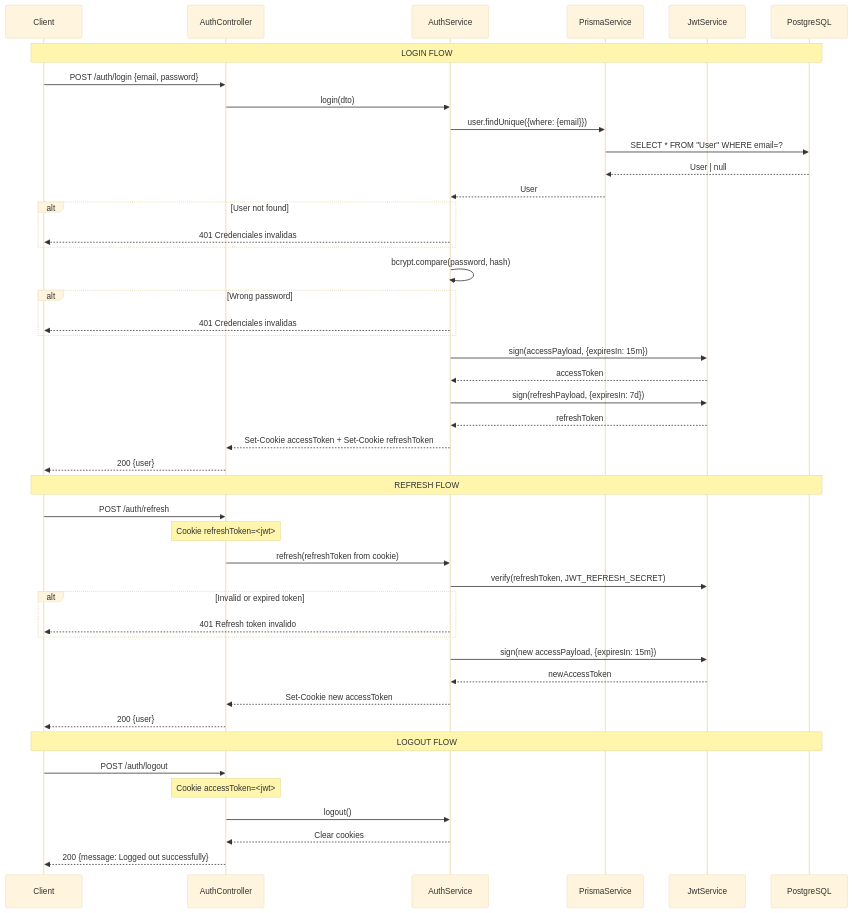
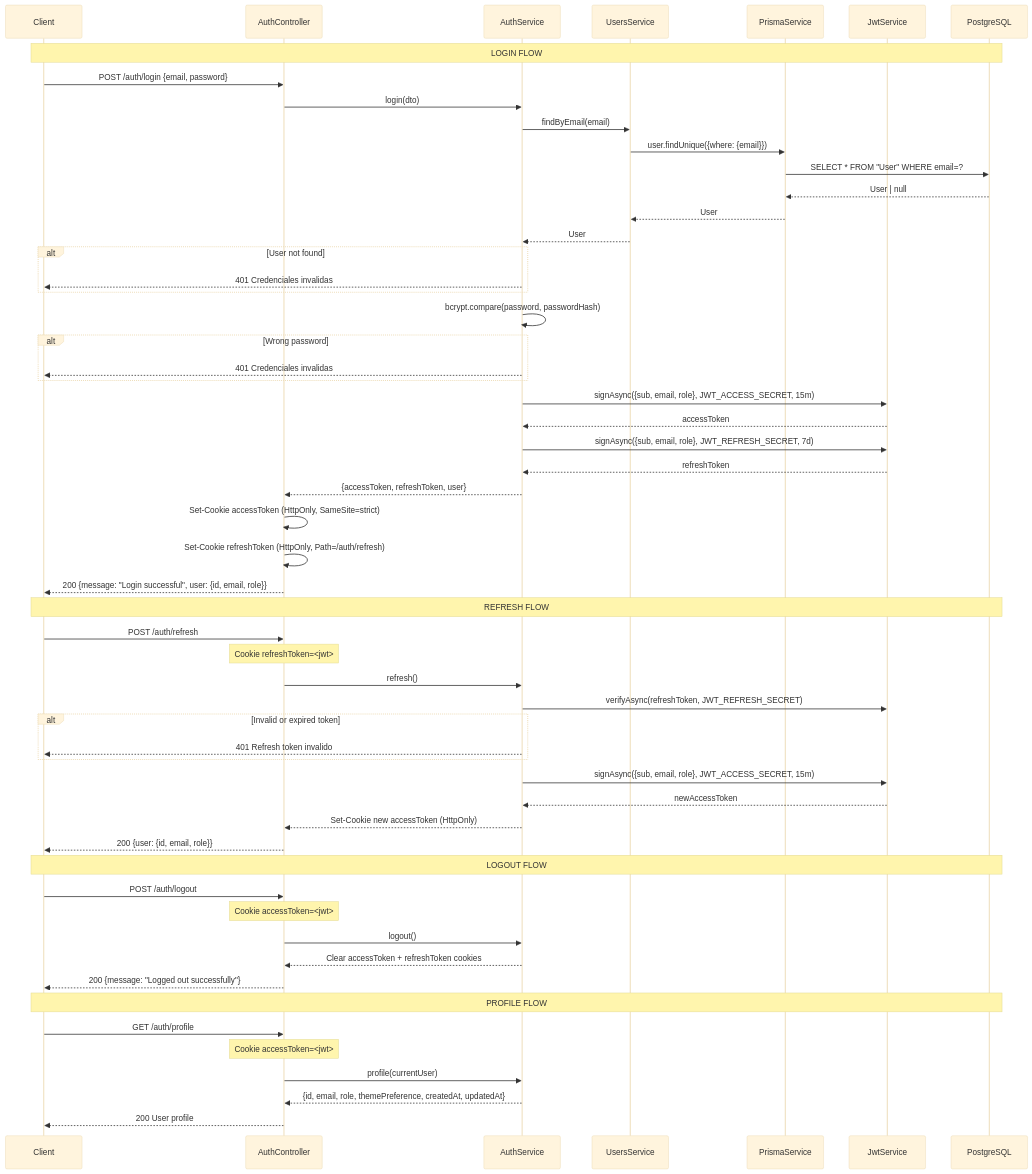
Before and after one commit to CristianMz21/prescriptions-app-backend: the diagram in docs/diagrams/03-flujo-auth.mmd, drawn with Mermaid. The commit also changed 42 other files, not shown here.

```diff
--- a/docs/diagrams/03-flujo-auth.mmd
+++ b/docs/diagrams/03-flujo-auth.mmd
@@ -1,52 +1,65 @@
 %%{init: {"theme": "base", "themeVariables": {"fontSize": "18px"}}}%%
 sequenceDiagram
     participant C as Client
     participant AC as AuthController
     participant AS as AuthService
+    participant US as UsersService
     participant PR as PrismaService
     participant JWT as JwtService
     participant DB as PostgreSQL
 
     Note over C,DB: LOGIN FLOW
 
     C->>AC: POST /auth/login {email, password}
     AC->>AS: login(dto)
-    AS->>PR: user.findUnique({where: {email}})
+    AS->>US: findByEmail(email)
+    US->>PR: user.findUnique({where: {email}})
     PR->>DB: SELECT * FROM "User" WHERE email=?
     DB-->>PR: User | null
-    PR-->>AS: User
+    PR-->>US: User
+    US-->>AS: User
     alt User not found
         AS-->>C: 401 Credenciales invalidas
     end
-    AS->>AS: bcrypt.compare(password, hash)
+    AS->>AS: bcrypt.compare(password, passwordHash)
     alt Wrong password
         AS-->>C: 401 Credenciales invalidas
     end
-    AS->>JWT: sign(accessPayload, {expiresIn: 15m})
+    AS->>JWT: signAsync({sub, email, role}, JWT_ACCESS_SECRET, 15m)
     JWT-->>AS: accessToken
-    AS->>JWT: sign(refreshPayload, {expiresIn: 7d})
+    AS->>JWT: signAsync({sub, email, role}, JWT_REFRESH_SECRET, 7d)
     JWT-->>AS: refreshToken
-    AS-->>AC: Set-Cookie accessToken + Set-Cookie refreshToken
-    AC-->>C: 200 {user}
+    AS-->>AC: {accessToken, refreshToken, user}
+    AC->>AC: Set-Cookie accessToken (HttpOnly, SameSite=strict)
+    AC->>AC: Set-Cookie refreshToken (HttpOnly, Path=/auth/refresh)
+    AC-->>C: 200 {message: "Login successful", user: {id, email, role}}
 
     Note over C,DB: REFRESH FLOW
 
     C->>AC: POST /auth/refresh
     Note over AC: Cookie refreshToken=<jwt>
-    AC->>AS: refresh(refreshToken from cookie)
-    AS->>JWT: verify(refreshToken, JWT_REFRESH_SECRET)
+    AC->>AS: refresh()
+    AS->>JWT: verifyAsync(refreshToken, JWT_REFRESH_SECRET)
     alt Invalid or expired token
         AS-->>C: 401 Refresh token invalido
     end
-    AS->>JWT: sign(new accessPayload, {expiresIn: 15m})
+    AS->>JWT: signAsync({sub, email, role}, JWT_ACCESS_SECRET, 15m)
     JWT-->>AS: newAccessToken
-    AS-->>AC: Set-Cookie new accessToken
-    AC-->>C: 200 {user}
+    AS-->>AC: Set-Cookie new accessToken (HttpOnly)
+    AC-->>C: 200 {user: {id, email, role}}
 
     Note over C,DB: LOGOUT FLOW
 
     C->>AC: POST /auth/logout
     Note over AC: Cookie accessToken=<jwt>
     AC->>AS: logout()
-    AS-->>AC: Clear cookies
-    AC-->>C: 200 {message: Logged out successfully}
+    AS-->>AC: Clear accessToken + refreshToken cookies
+    AC-->>C: 200 {message: "Logged out successfully"}
+
+    Note over C,DB: PROFILE FLOW
+
+    C->>AC: GET /auth/profile
+    Note over AC: Cookie accessToken=<jwt>
+    AC->>AS: profile(currentUser)
+    AS-->>AC: {id, email, role, themePreference, createdAt, updatedAt}
+    AC-->>C: 200 User profile
```
